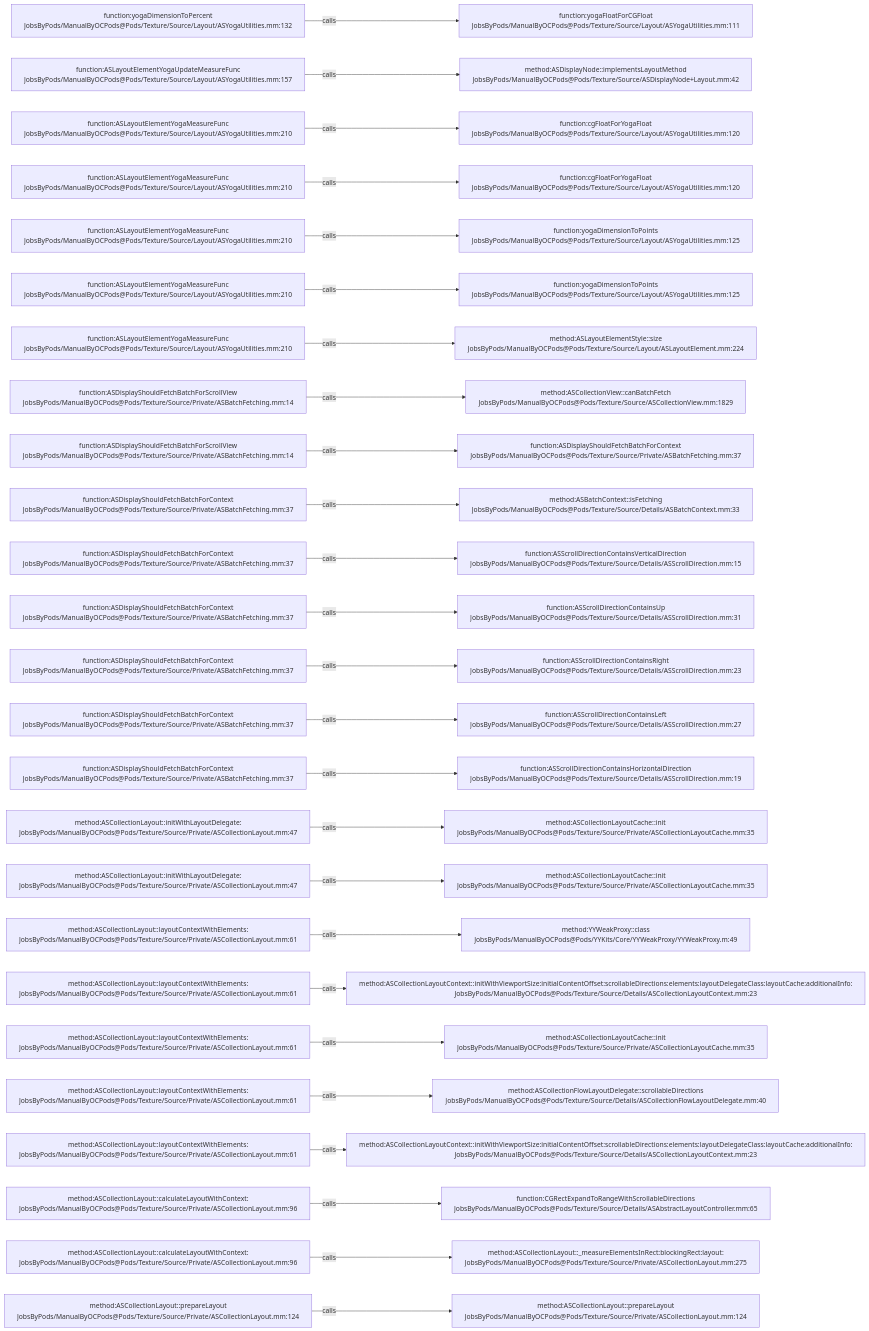
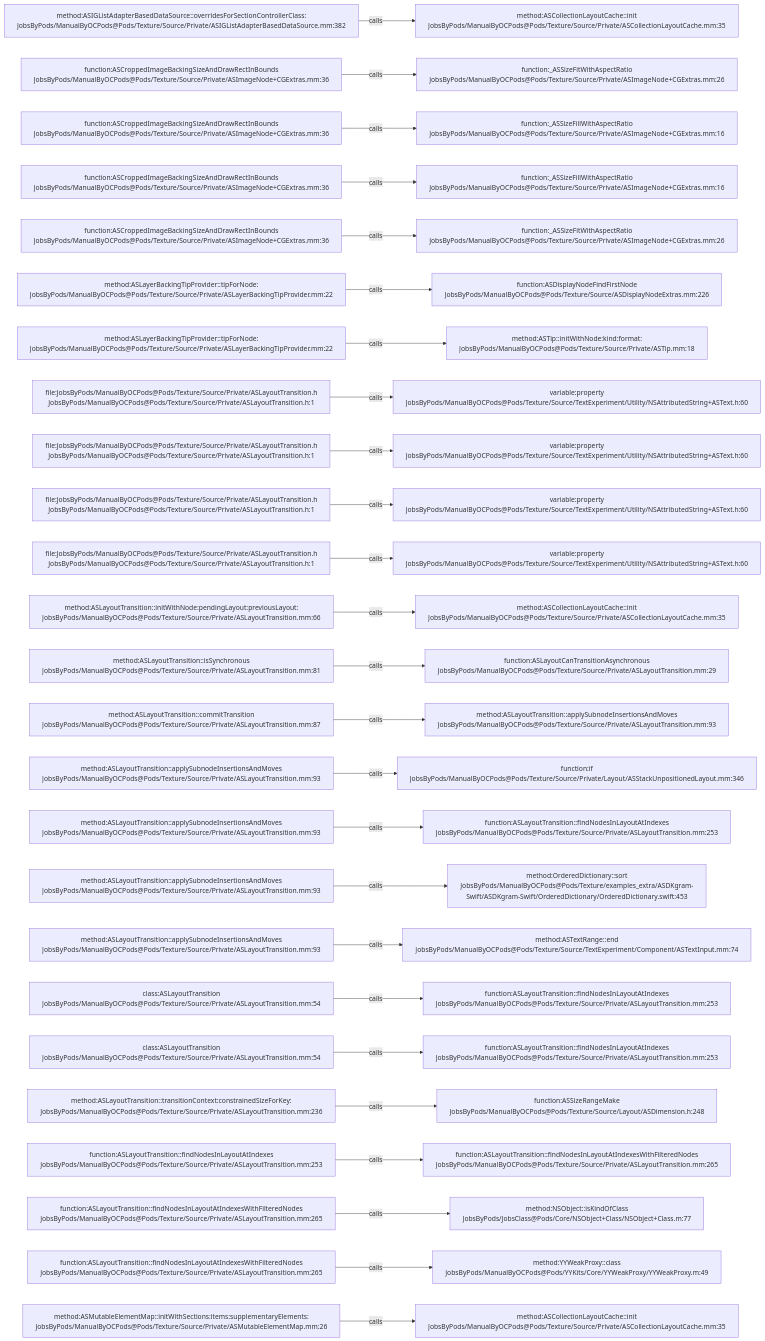
The diagram in .codegraph/codegraph.md/graphs/calls-192.md (JobsKits/JobsOCBaseConfigDemo), drawn with Mermaid before and after one commit. The commit also changed 1223 other files, not shown here.

````diff
--- a/.codegraph/codegraph.md/graphs/calls-192.md
+++ b/.codegraph/codegraph.md/graphs/calls-192.md
@@ -13,78 +13,78 @@
 ```mermaid
 flowchart LR
-  S1["function:yogaDimensionToPercent<br/>JobsByPods/ManualByOCPods@Pods/Texture/Source/Layout/ASYogaUtilities.mm:132"]
-  T1["function:yogaFloatForCGFloat<br/>JobsByPods/ManualByOCPods@Pods/Texture/Source/Layout/ASYogaUtilities.mm:111"]
+  S1["method:ASIGListAdapterBasedDataSource::overridesForSectionControllerClass:<br/>JobsByPods/ManualByOCPods@Pods/Texture/Source/Private/ASIGListAdapterBasedDataSource.mm:382"]
+  T1["method:ASCollectionLayoutCache::init<br/>JobsByPods/ManualByOCPods@Pods/Texture/Source/Private/ASCollectionLayoutCache.mm:35"]
   S1 -->|calls| T1
-  S2["function:ASLayoutElementYogaUpdateMeasureFunc<br/>JobsByPods/ManualByOCPods@Pods/Texture/Source/Layout/ASYogaUtilities.mm:157"]
-  T2["method:ASDisplayNode::implementsLayoutMethod<br/>JobsByPods/ManualByOCPods@Pods/Texture/Source/ASDisplayNode+Layout.mm:42"]
+  S2["function:ASCroppedImageBackingSizeAndDrawRectInBounds<br/>JobsByPods/ManualByOCPods@Pods/Texture/Source/Private/ASImageNode+CGExtras.mm:36"]
+  T2["function:_ASSizeFitWithAspectRatio<br/>JobsByPods/ManualByOCPods@Pods/Texture/Source/Private/ASImageNode+CGExtras.mm:26"]
   S2 -->|calls| T2
-  S3["function:ASLayoutElementYogaMeasureFunc<br/>JobsByPods/ManualByOCPods@Pods/Texture/Source/Layout/ASYogaUtilities.mm:210"]
-  T3["function:cgFloatForYogaFloat<br/>JobsByPods/ManualByOCPods@Pods/Texture/Source/Layout/ASYogaUtilities.mm:120"]
+  S3["function:ASCroppedImageBackingSizeAndDrawRectInBounds<br/>JobsByPods/ManualByOCPods@Pods/Texture/Source/Private/ASImageNode+CGExtras.mm:36"]
+  T3["function:_ASSizeFillWithAspectRatio<br/>JobsByPods/ManualByOCPods@Pods/Texture/Source/Private/ASImageNode+CGExtras.mm:16"]
   S3 -->|calls| T3
-  S4["function:ASLayoutElementYogaMeasureFunc<br/>JobsByPods/ManualByOCPods@Pods/Texture/Source/Layout/ASYogaUtilities.mm:210"]
-  T4["function:cgFloatForYogaFloat<br/>JobsByPods/ManualByOCPods@Pods/Texture/Source/Layout/ASYogaUtilities.mm:120"]
+  S4["function:ASCroppedImageBackingSizeAndDrawRectInBounds<br/>JobsByPods/ManualByOCPods@Pods/Texture/Source/Private/ASImageNode+CGExtras.mm:36"]
+  T4["function:_ASSizeFillWithAspectRatio<br/>JobsByPods/ManualByOCPods@Pods/Texture/Source/Private/ASImageNode+CGExtras.mm:16"]
   S4 -->|calls| T4
-  S5["function:ASLayoutElementYogaMeasureFunc<br/>JobsByPods/ManualByOCPods@Pods/Texture/Source/Layout/ASYogaUtilities.mm:210"]
-  T5["function:yogaDimensionToPoints<br/>JobsByPods/ManualByOCPods@Pods/Texture/Source/Layout/ASYogaUtilities.mm:125"]
+  S5["function:ASCroppedImageBackingSizeAndDrawRectInBounds<br/>JobsByPods/ManualByOCPods@Pods/Texture/Source/Private/ASImageNode+CGExtras.mm:36"]
+  T5["function:_ASSizeFitWithAspectRatio<br/>JobsByPods/ManualByOCPods@Pods/Texture/Source/Private/ASImageNode+CGExtras.mm:26"]
   S5 -->|calls| T5
-  S6["function:ASLayoutElementYogaMeasureFunc<br/>JobsByPods/ManualByOCPods@Pods/Texture/Source/Layout/ASYogaUtilities.mm:210"]
-  T6["function:yogaDimensionToPoints<br/>JobsByPods/ManualByOCPods@Pods/Texture/Source/Layout/ASYogaUtilities.mm:125"]
+  S6["method:ASLayerBackingTipProvider::tipForNode:<br/>JobsByPods/ManualByOCPods@Pods/Texture/Source/Private/ASLayerBackingTipProvider.mm:22"]
+  T6["function:ASDisplayNodeFindFirstNode<br/>JobsByPods/ManualByOCPods@Pods/Texture/Source/ASDisplayNodeExtras.mm:226"]
   S6 -->|calls| T6
-  S7["function:ASLayoutElementYogaMeasureFunc<br/>JobsByPods/ManualByOCPods@Pods/Texture/Source/Layout/ASYogaUtilities.mm:210"]
-  T7["method:ASLayoutElementStyle::size<br/>JobsByPods/ManualByOCPods@Pods/Texture/Source/Layout/ASLayoutElement.mm:224"]
+  S7["method:ASLayerBackingTipProvider::tipForNode:<br/>JobsByPods/ManualByOCPods@Pods/Texture/Source/Private/ASLayerBackingTipProvider.mm:22"]
+  T7["method:ASTip::initWithNode:kind:format:<br/>JobsByPods/ManualByOCPods@Pods/Texture/Source/Private/ASTip.mm:18"]
   S7 -->|calls| T7
-  S8["function:ASDisplayShouldFetchBatchForScrollView<br/>JobsByPods/ManualByOCPods@Pods/Texture/Source/Private/ASBatchFetching.mm:14"]
-  T8["method:ASCollectionView::canBatchFetch<br/>JobsByPods/ManualByOCPods@Pods/Texture/Source/ASCollectionView.mm:1829"]
+  S8["file:JobsByPods/ManualByOCPods@Pods/Texture/Source/Private/ASLayoutTransition.h<br/>JobsByPods/ManualByOCPods@Pods/Texture/Source/Private/ASLayoutTransition.h:1"]
+  T8["variable:property<br/>JobsByPods/ManualByOCPods@Pods/Texture/Source/TextExperiment/Utility/NSAttributedString+ASText.h:60"]
   S8 -->|calls| T8
-  S9["function:ASDisplayShouldFetchBatchForScrollView<br/>JobsByPods/ManualByOCPods@Pods/Texture/Source/Private/ASBatchFetching.mm:14"]
-  T9["function:ASDisplayShouldFetchBatchForContext<br/>JobsByPods/ManualByOCPods@Pods/Texture/Source/Private/ASBatchFetching.mm:37"]
+  S9["file:JobsByPods/ManualByOCPods@Pods/Texture/Source/Private/ASLayoutTransition.h<br/>JobsByPods/ManualByOCPods@Pods/Texture/Source/Private/ASLayoutTransition.h:1"]
+  T9["variable:property<br/>JobsByPods/ManualByOCPods@Pods/Texture/Source/TextExperiment/Utility/NSAttributedString+ASText.h:60"]
   S9 -->|calls| T9
-  S10["function:ASDisplayShouldFetchBatchForContext<br/>JobsByPods/ManualByOCPods@Pods/Texture/Source/Private/ASBatchFetching.mm:37"]
-  T10["method:ASBatchContext::isFetching<br/>JobsByPods/ManualByOCPods@Pods/Texture/Source/Details/ASBatchContext.mm:33"]
+  S10["file:JobsByPods/ManualByOCPods@Pods/Texture/Source/Private/ASLayoutTransition.h<br/>JobsByPods/ManualByOCPods@Pods/Texture/Source/Private/ASLayoutTransition.h:1"]
+  T10["variable:property<br/>JobsByPods/ManualByOCPods@Pods/Texture/Source/TextExperiment/Utility/NSAttributedString+ASText.h:60"]
   S10 -->|calls| T10
-  S11["function:ASDisplayShouldFetchBatchForContext<br/>JobsByPods/ManualByOCPods@Pods/Texture/Source/Private/ASBatchFetching.mm:37"]
-  T11["function:ASScrollDirectionContainsVerticalDirection<br/>JobsByPods/ManualByOCPods@Pods/Texture/Source/Details/ASScrollDirection.mm:15"]
+  S11["file:JobsByPods/ManualByOCPods@Pods/Texture/Source/Private/ASLayoutTransition.h<br/>JobsByPods/ManualByOCPods@Pods/Texture/Source/Private/ASLayoutTransition.h:1"]
+  T11["variable:property<br/>JobsByPods/ManualByOCPods@Pods/Texture/Source/TextExperiment/Utility/NSAttributedString+ASText.h:60"]
   S11 -->|calls| T11
-  S12["function:ASDisplayShouldFetchBatchForContext<br/>JobsByPods/ManualByOCPods@Pods/Texture/Source/Private/ASBatchFetching.mm:37"]
-  T12["function:ASScrollDirectionContainsUp<br/>JobsByPods/ManualByOCPods@Pods/Texture/Source/Details/ASScrollDirection.mm:31"]
+  S12["method:ASLayoutTransition::initWithNode:pendingLayout:previousLayout:<br/>JobsByPods/ManualByOCPods@Pods/Texture/Source/Private/ASLayoutTransition.mm:66"]
+  T12["method:ASCollectionLayoutCache::init<br/>JobsByPods/ManualByOCPods@Pods/Texture/Source/Private/ASCollectionLayoutCache.mm:35"]
   S12 -->|calls| T12
-  S13["function:ASDisplayShouldFetchBatchForContext<br/>JobsByPods/ManualByOCPods@Pods/Texture/Source/Private/ASBatchFetching.mm:37"]
-  T13["function:ASScrollDirectionContainsRight<br/>JobsByPods/ManualByOCPods@Pods/Texture/Source/Details/ASScrollDirection.mm:23"]
+  S13["method:ASLayoutTransition::isSynchronous<br/>JobsByPods/ManualByOCPods@Pods/Texture/Source/Private/ASLayoutTransition.mm:81"]
+  T13["function:ASLayoutCanTransitionAsynchronous<br/>JobsByPods/ManualByOCPods@Pods/Texture/Source/Private/ASLayoutTransition.mm:29"]
   S13 -->|calls| T13
-  S14["function:ASDisplayShouldFetchBatchForContext<br/>JobsByPods/ManualByOCPods@Pods/Texture/Source/Private/ASBatchFetching.mm:37"]
-  T14["function:ASScrollDirectionContainsLeft<br/>JobsByPods/ManualByOCPods@Pods/Texture/Source/Details/ASScrollDirection.mm:27"]
+  S14["method:ASLayoutTransition::commitTransition<br/>JobsByPods/ManualByOCPods@Pods/Texture/Source/Private/ASLayoutTransition.mm:87"]
+  T14["method:ASLayoutTransition::applySubnodeInsertionsAndMoves<br/>JobsByPods/ManualByOCPods@Pods/Texture/Source/Private/ASLayoutTransition.mm:93"]
   S14 -->|calls| T14
-  S15["function:ASDisplayShouldFetchBatchForContext<br/>JobsByPods/ManualByOCPods@Pods/Texture/Source/Private/ASBatchFetching.mm:37"]
-  T15["function:ASScrollDirectionContainsHorizontalDirection<br/>JobsByPods/ManualByOCPods@Pods/Texture/Source/Details/ASScrollDirection.mm:19"]
+  S15["method:ASLayoutTransition::applySubnodeInsertionsAndMoves<br/>JobsByPods/ManualByOCPods@Pods/Texture/Source/Private/ASLayoutTransition.mm:93"]
+  T15["function:if<br/>JobsByPods/ManualByOCPods@Pods/Texture/Source/Private/Layout/ASStackUnpositionedLayout.mm:346"]
   S15 -->|calls| T15
-  S16["method:ASCollectionLayout::initWithLayoutDelegate:<br/>JobsByPods/ManualByOCPods@Pods/Texture/Source/Private/ASCollectionLayout.mm:47"]
-  T16["method:ASCollectionLayoutCache::init<br/>JobsByPods/ManualByOCPods@Pods/Texture/Source/Private/ASCollectionLayoutCache.mm:35"]
+  S16["method:ASLayoutTransition::applySubnodeInsertionsAndMoves<br/>JobsByPods/ManualByOCPods@Pods/Texture/Source/Private/ASLayoutTransition.mm:93"]
+  T16["function:ASLayoutTransition::findNodesInLayoutAtIndexes<br/>JobsByPods/ManualByOCPods@Pods/Texture/Source/Private/ASLayoutTransition.mm:253"]
   S16 -->|calls| T16
-  S17["method:ASCollectionLayout::initWithLayoutDelegate:<br/>JobsByPods/ManualByOCPods@Pods/Texture/Source/Private/ASCollectionLayout.mm:47"]
-  T17["method:ASCollectionLayoutCache::init<br/>JobsByPods/ManualByOCPods@Pods/Texture/Source/Private/ASCollectionLayoutCache.mm:35"]
+  S17["method:ASLayoutTransition::applySubnodeInsertionsAndMoves<br/>JobsByPods/ManualByOCPods@Pods/Texture/Source/Private/ASLayoutTransition.mm:93"]
+  T17["method:OrderedDictionary::sort<br/>JobsByPods/ManualByOCPods@Pods/Texture/examples_extra/ASDKgram-Swift/ASDKgram-Swift/OrderedDictionary/OrderedDictionary.swift:453"]
   S17 -->|calls| T17
-  S18["method:ASCollectionLayout::layoutContextWithElements:<br/>JobsByPods/ManualByOCPods@Pods/Texture/Source/Private/ASCollectionLayout.mm:61"]
-  T18["method:YYWeakProxy::class<br/>JobsByPods/ManualByOCPods@Pods/YYKits/Core/YYWeakProxy/YYWeakProxy.m:49"]
+  S18["method:ASLayoutTransition::applySubnodeInsertionsAndMoves<br/>JobsByPods/ManualByOCPods@Pods/Texture/Source/Private/ASLayoutTransition.mm:93"]
+  T18["method:ASTextRange::end<br/>JobsByPods/ManualByOCPods@Pods/Texture/Source/TextExperiment/Component/ASTextInput.mm:74"]
   S18 -->|calls| T18
-  S19["method:ASCollectionLayout::layoutContextWithElements:<br/>JobsByPods/ManualByOCPods@Pods/Texture/Source/Private/ASCollectionLayout.mm:61"]
-  T19["method:ASCollectionLayoutContext::initWithViewportSize:initialContentOffset:scrollableDirections:elements:layoutDelegateClass:layoutCache:additionalInfo:<br/>JobsByPods/ManualByOCPods@Pods/Texture/Source/Details/ASCollectionLayoutContext.mm:23"]
+  S19["class:ASLayoutTransition<br/>JobsByPods/ManualByOCPods@Pods/Texture/Source/Private/ASLayoutTransition.mm:54"]
+  T19["function:ASLayoutTransition::findNodesInLayoutAtIndexes<br/>JobsByPods/ManualByOCPods@Pods/Texture/Source/Private/ASLayoutTransition.mm:253"]
   S19 -->|calls| T19
-  S20["method:ASCollectionLayout::layoutContextWithElements:<br/>JobsByPods/ManualByOCPods@Pods/Texture/Source/Private/ASCollectionLayout.mm:61"]
-  T20["method:ASCollectionLayoutCache::init<br/>JobsByPods/ManualByOCPods@Pods/Texture/Source/Private/ASCollectionLayoutCache.mm:35"]
+  S20["class:ASLayoutTransition<br/>JobsByPods/ManualByOCPods@Pods/Texture/Source/Private/ASLayoutTransition.mm:54"]
+  T20["function:ASLayoutTransition::findNodesInLayoutAtIndexes<br/>JobsByPods/ManualByOCPods@Pods/Texture/Source/Private/ASLayoutTransition.mm:253"]
   S20 -->|calls| T20
-  S21["method:ASCollectionLayout::layoutContextWithElements:<br/>JobsByPods/ManualByOCPods@Pods/Texture/Source/Private/ASCollectionLayout.mm:61"]
-  T21["method:ASCollectionFlowLayoutDelegate::scrollableDirections<br/>JobsByPods/ManualByOCPods@Pods/Texture/Source/Details/ASCollectionFlowLayoutDelegate.mm:40"]
+  S21["method:ASLayoutTransition::transitionContext:constrainedSizeForKey:<br/>JobsByPods/ManualByOCPods@Pods/Texture/Source/Private/ASLayoutTransition.mm:236"]
+  T21["function:ASSizeRangeMake<br/>JobsByPods/ManualByOCPods@Pods/Texture/Source/Layout/ASDimension.h:248"]
   S21 -->|calls| T21
-  S22["method:ASCollectionLayout::layoutContextWithElements:<br/>JobsByPods/ManualByOCPods@Pods/Texture/Source/Private/ASCollectionLayout.mm:61"]
-  T22["method:ASCollectionLayoutContext::initWithViewportSize:initialContentOffset:scrollableDirections:elements:layoutDelegateClass:layoutCache:additionalInfo:<br/>JobsByPods/ManualByOCPods@Pods/Texture/Source/Details/ASCollectionLayoutContext.mm:23"]
+  S22["function:ASLayoutTransition::findNodesInLayoutAtIndexes<br/>JobsByPods/ManualByOCPods@Pods/Texture/Source/Private/ASLayoutTransition.mm:253"]
+  T22["function:ASLayoutTransition::findNodesInLayoutAtIndexesWithFilteredNodes<br/>JobsByPods/ManualByOCPods@Pods/Texture/Source/Private/ASLayoutTransition.mm:265"]
   S22 -->|calls| T22
-  S23["method:ASCollectionLayout::calculateLayoutWithContext:<br/>JobsByPods/ManualByOCPods@Pods/Texture/Source/Private/ASCollectionLayout.mm:96"]
-  T23["function:CGRectExpandToRangeWithScrollableDirections<br/>JobsByPods/ManualByOCPods@Pods/Texture/Source/Details/ASAbstractLayoutController.mm:65"]
+  S23["function:ASLayoutTransition::findNodesInLayoutAtIndexesWithFilteredNodes<br/>JobsByPods/ManualByOCPods@Pods/Texture/Source/Private/ASLayoutTransition.mm:265"]
+  T23["method:NSObject::isKindOfClass<br/>JobsByPods/JobsClass@Pods/Core/NSObject+Class/NSObject+Class.m:77"]
   S23 -->|calls| T23
-  S24["method:ASCollectionLayout::calculateLayoutWithContext:<br/>JobsByPods/ManualByOCPods@Pods/Texture/Source/Private/ASCollectionLayout.mm:96"]
-  T24["method:ASCollectionLayout::_measureElementsInRect:blockingRect:layout:<br/>JobsByPods/ManualByOCPods@Pods/Texture/Source/Private/ASCollectionLayout.mm:275"]
+  S24["function:ASLayoutTransition::findNodesInLayoutAtIndexesWithFilteredNodes<br/>JobsByPods/ManualByOCPods@Pods/Texture/Source/Private/ASLayoutTransition.mm:265"]
+  T24["method:YYWeakProxy::class<br/>JobsByPods/ManualByOCPods@Pods/YYKits/Core/YYWeakProxy/YYWeakProxy.m:49"]
   S24 -->|calls| T24
-  S25["method:ASCollectionLayout::prepareLayout<br/>JobsByPods/ManualByOCPods@Pods/Texture/Source/Private/ASCollectionLayout.mm:124"]
-  T25["method:ASCollectionLayout::prepareLayout<br/>JobsByPods/ManualByOCPods@Pods/Texture/Source/Private/ASCollectionLayout.mm:124"]
+  S25["method:ASMutableElementMap::initWithSections:items:supplementaryElements:<br/>JobsByPods/ManualByOCPods@Pods/Texture/Source/Private/ASMutableElementMap.mm:26"]
+  T25["method:ASCollectionLayoutCache::init<br/>JobsByPods/ManualByOCPods@Pods/Texture/Source/Private/ASCollectionLayoutCache.mm:35"]
   S25 -->|calls| T25
 ```
````
